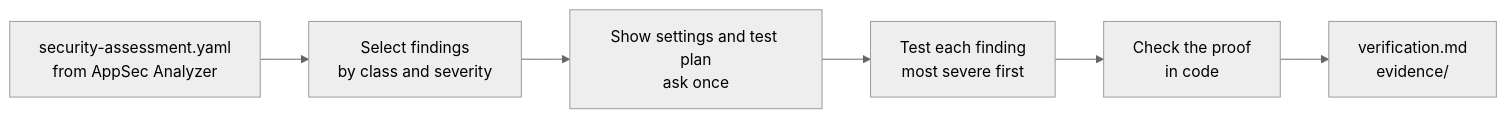
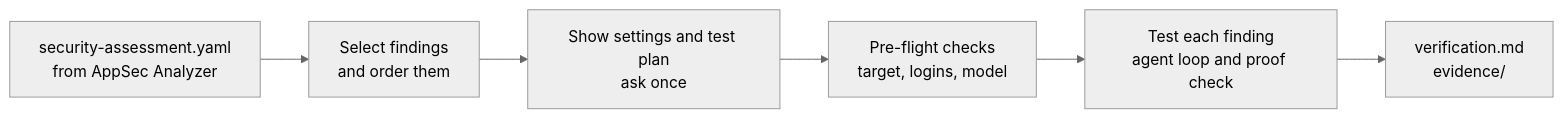
Before and after one commit to appsec-foundry/appsec-verifier: the first of 5 diagrams in docs/how-verification-works.md, drawn with Mermaid (neutral theme). The commit also changed other lines of this file and 2 other files, not shown here.

````diff
--- a/docs/how-verification-works.md
+++ b/docs/how-verification-works.md
@@ -7,8 +9,8 @@
 ```mermaid
 flowchart LR
-    A["security-assessment.yaml<br/>from AppSec Analyzer"] --> B["Select findings<br/>by class and severity"]
+    A["security-assessment.yaml<br/>from AppSec Analyzer"] --> B["Select findings<br/>and order them"]
     B --> C["Show settings and test plan<br/>ask once"]
-    C --> D["Test each finding<br/>most severe first"]
-    D --> E["Check the proof<br/>in code"]
+    C --> D["Pre-flight checks<br/>target, logins, model"]
+    D --> E["Test each finding<br/>agent loop and proof check"]
     E --> F["verification.md<br/>evidence/"]
 ```
````
